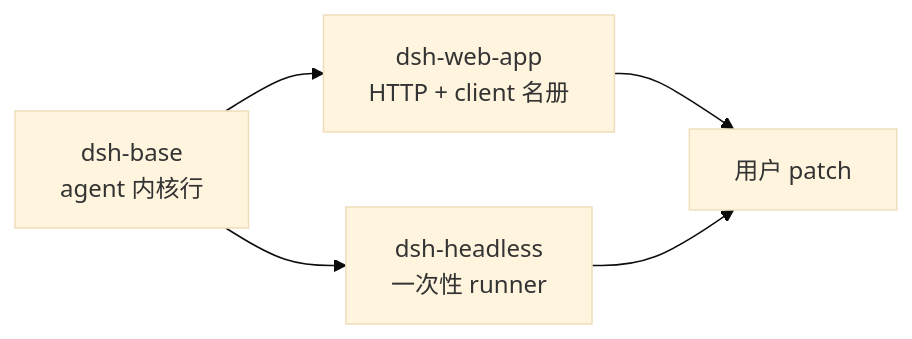
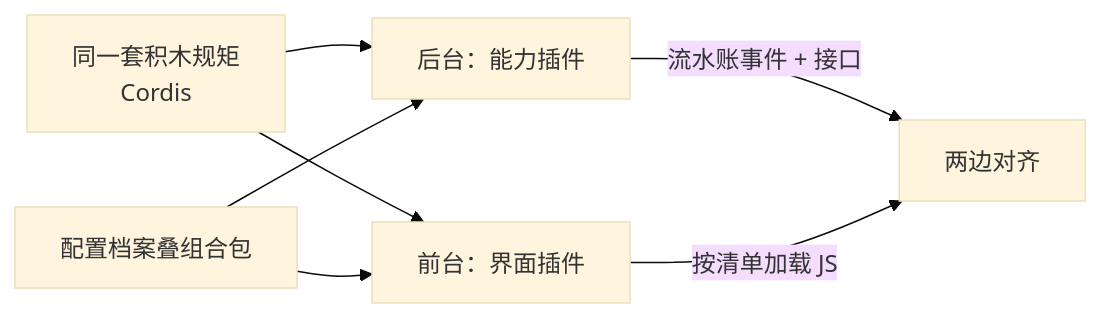
The first of 4 diagrams in dshAnalysis/docs/2026-08-20-dsh-pluginization.md (linlisWorkTeam/wpKnowledge), drawn with Mermaid (base theme) before and after one commit. The commit also changed other lines of this file, not shown here.

Commit message:
docs(dsh): rewrite pluginization as plain research report

````diff
--- a/dshAnalysis/docs/2026-08-20-dsh-pluginization.md
+++ b/dshAnalysis/docs/2026-08-20-dsh-pluginization.md
@@ -95,7 +53,9 @@
 ```mermaid
 flowchart LR
-  A[dsh-base<br/>agent 内核行] --> B[dsh-web-app<br/>HTTP + client 名册]
-  A --> C[dsh-headless<br/>一次性 runner]
-  B --> D[用户 patch]
-  C --> D
+  A[同一套积木规矩<br/>Cordis] --> B[后台：能力插件]
+  A --> C[前台：界面插件]
+  B -->|流水账事件 + 接口| D[两边对齐]
+  C -->|按清单加载 JS| D
+  E[配置档案叠组合包] --> B
+  E --> C
 ```
````
